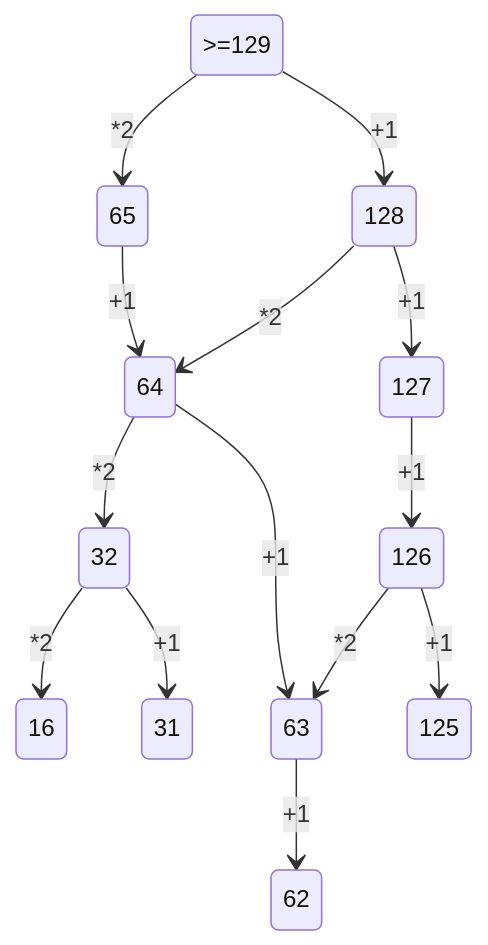
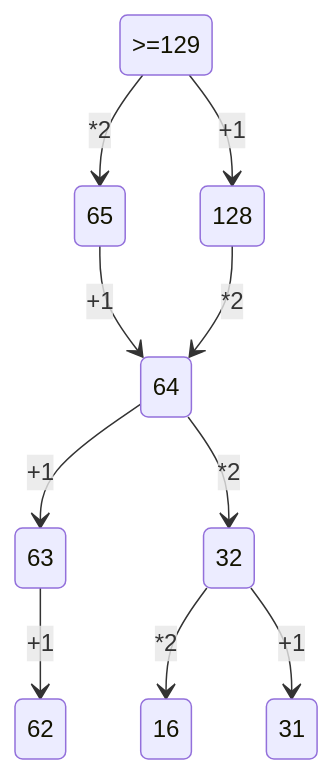
One commit to VoroninVaycheslav/LearnOfInvormatic changed the diagram in ZadaniyaOfEGE.md. Above: the diagram before and after it, drawn with Mermaid.

````diff
--- a/ZadaniyaOfEGE.md
+++ b/ZadaniyaOfEGE.md
@@ -26,16 +26,12 @@
 ```mermaid
 stateDiagram-v2
     >=129 --> 128: +1
     >=129 --> 65: *2
     65 --> 64: +1
     64 --> 63: +1
     64 --> 32: *2
     63 --> 62: +1
     32 --> 16: *2
     32 --> 31: +1
     128 --> 64: *2
-    128 --> 127: +1
-    127 --> 126: +1
-    126 --> 63: *2
-    126 --> 125: +1
 ```
````
